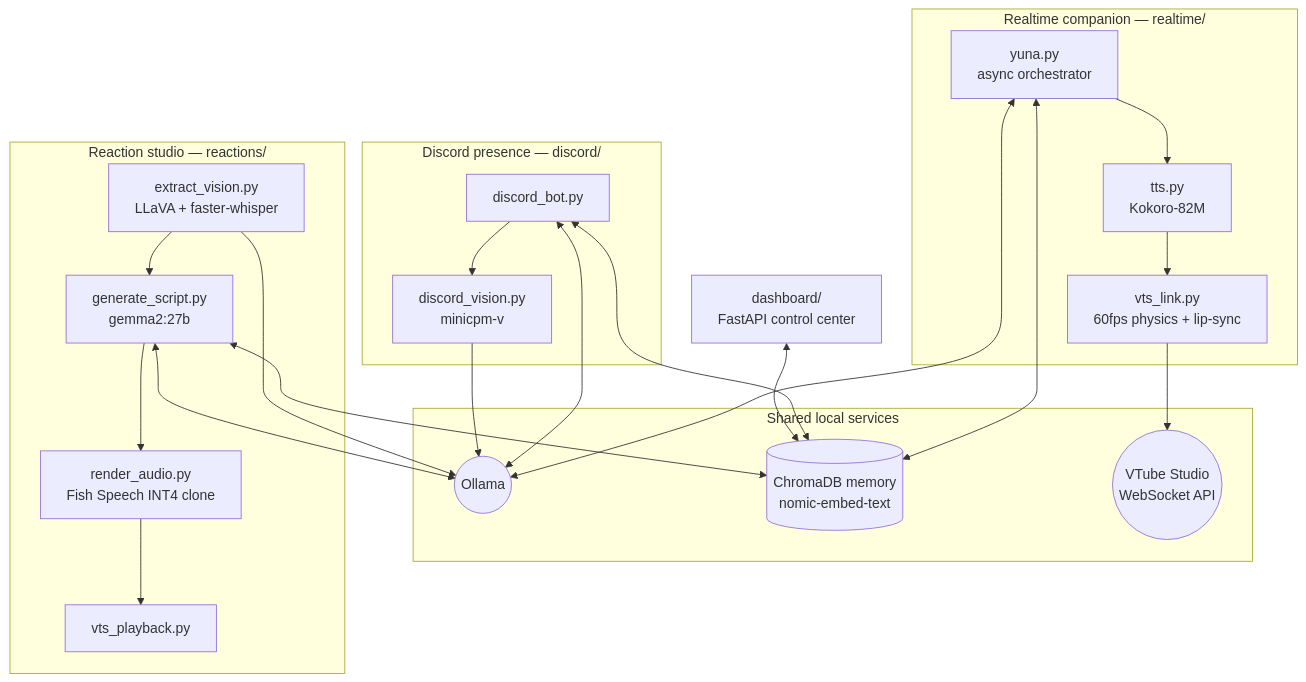
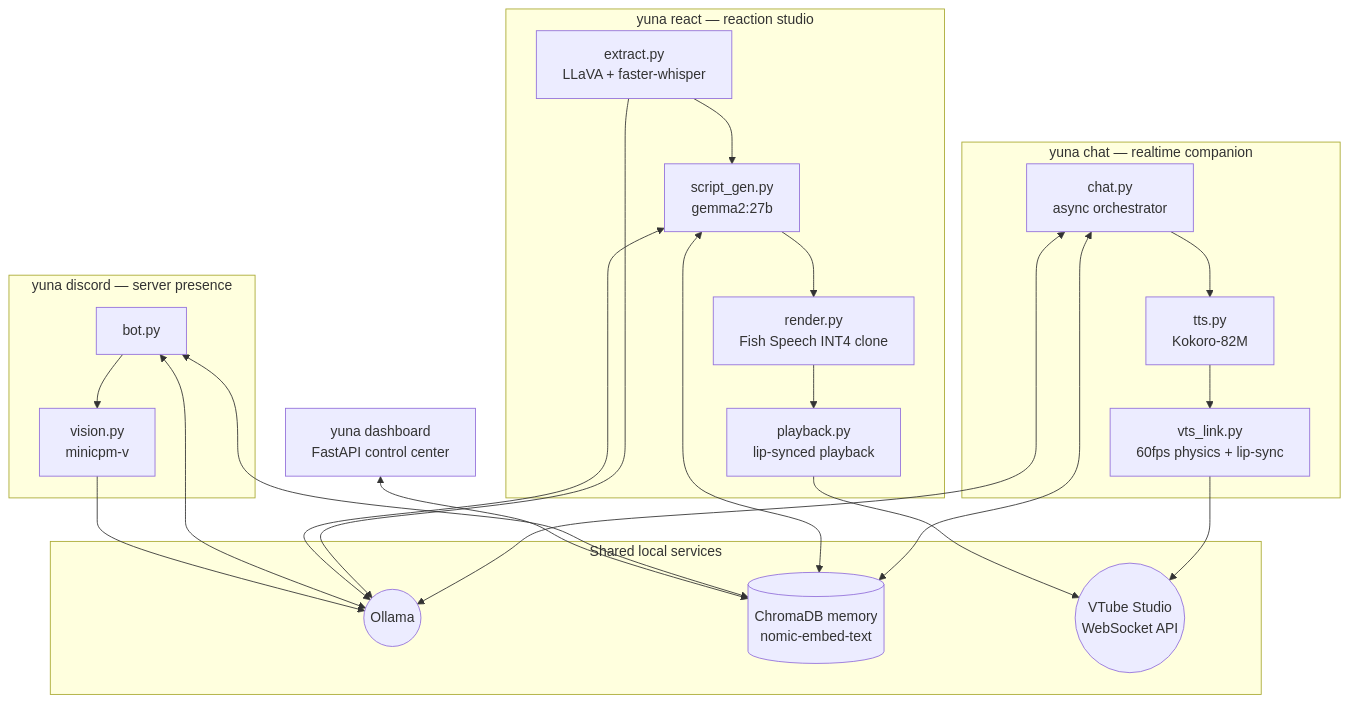
The diagram in README.md (MasHasNoLife/yuna-ai), drawn with Mermaid before and after one commit. The commit also changed other lines of this file and 90 other files, not shown here.

````diff
--- a/README.md
+++ b/README.md
@@ -34,36 +35,37 @@
 ```mermaid
 flowchart TB
     subgraph services["Shared local services"]
         OLL(("Ollama"))
         MEM[("ChromaDB memory<br/>nomic-embed-text")]
         VTS(("VTube Studio<br/>WebSocket API"))
     end
 
-    subgraph rt["Realtime companion — realtime/"]
-        YUNA["yuna.py<br/>async orchestrator"] --> KOKORO["tts.py<br/>Kokoro-82M"]
+    subgraph rt["yuna chat — realtime companion"]
+        YUNA["chat.py<br/>async orchestrator"] --> KOKORO["tts.py<br/>Kokoro-82M"]
         KOKORO --> LINK["vts_link.py<br/>60fps physics + lip-sync"]
     end
 
-    subgraph rx["Reaction studio — reactions/"]
-        VISION["extract_vision.py<br/>LLaVA + faster-whisper"] --> SCRIPT["generate_script.py<br/>gemma2:27b"]
-        SCRIPT --> RENDER["render_audio.py<br/>Fish Speech INT4 clone"]
-        RENDER --> PLAY["vts_playback.py"]
+    subgraph rx["yuna react — reaction studio"]
+        VISION["extract.py<br/>LLaVA + faster-whisper"] --> SCRIPT["script_gen.py<br/>gemma2:27b"]
+        SCRIPT --> RENDER["render.py<br/>Fish Speech INT4 clone"]
+        RENDER --> PLAY["playback.py<br/>lip-synced playback"]
     end
 
-    subgraph dc["Discord presence — discord/"]
-        BOT["discord_bot.py"] --> DVIS["discord_vision.py<br/>minicpm-v"]
+    subgraph dc["yuna discord — server presence"]
+        BOT["bot.py"] --> DVIS["vision.py<br/>minicpm-v"]
     end
 
-    DASH["dashboard/<br/>FastAPI control center"]
+    DASH["yuna dashboard<br/>FastAPI control center"]
 
     YUNA <--> OLL
     YUNA <--> MEM
     LINK --> VTS
+    PLAY --> VTS
     VISION --> OLL
     SCRIPT <--> OLL
     SCRIPT <--> MEM
     BOT <--> OLL
     BOT <--> MEM
     DVIS --> OLL
     DASH <--> MEM
 ```
````
